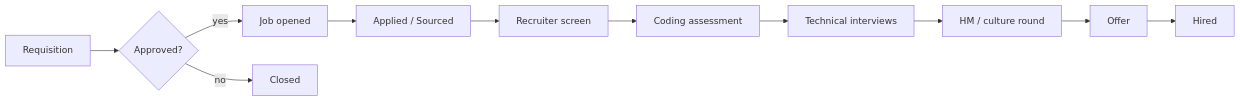
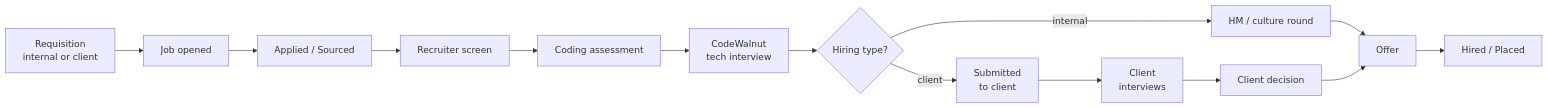
Before and after one commit to achalla-ramakrishna/agentic-ats-codewalnut: the diagram in docs/SPEC.md, drawn with Mermaid. The commit also changed other lines of this file and 5 other files, not shown here.

First line of the commit message:
Add client hiring to the ATS spec

````diff
--- a/docs/SPEC.md
+++ b/docs/SPEC.md
@@ -76,13 +110,16 @@
 ```mermaid
 flowchart LR
-  R[Requisition] --> A{Approved?}
-  A -- yes --> J[Job opened]
-  A -- no --> X[Closed]
+  R[Requisition<br/>internal or client] --> J[Job opened]
   J --> AP[Applied / Sourced]
   AP --> SC[Recruiter screen]
   SC --> AS[Coding assessment]
-  AS --> TI[Technical interviews]
-  TI --> MI[HM / culture round]
+  AS --> TI[CodeWalnut<br/>tech interview]
+  TI --> T{Hiring type?}
+  T -- internal --> MI[HM / culture round]
+  T -- client --> SU[Submitted<br/>to client]
+  SU --> CI[Client<br/>interviews]
+  CI --> CD[Client decision]
   MI --> OF[Offer]
-  OF --> H[Hired]
+  CD --> OF
+  OF --> H[Hired / Placed]
 ```
````
